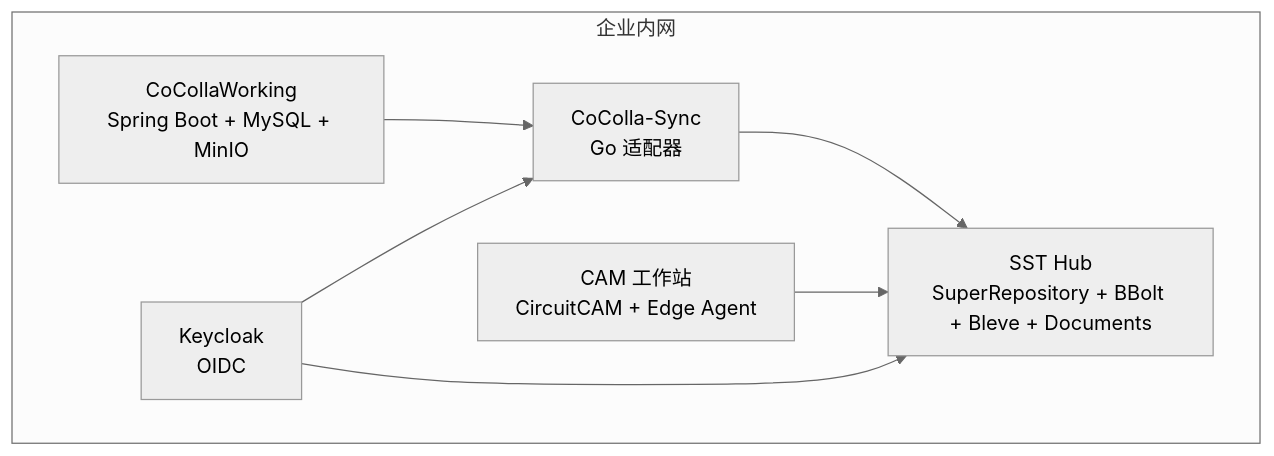
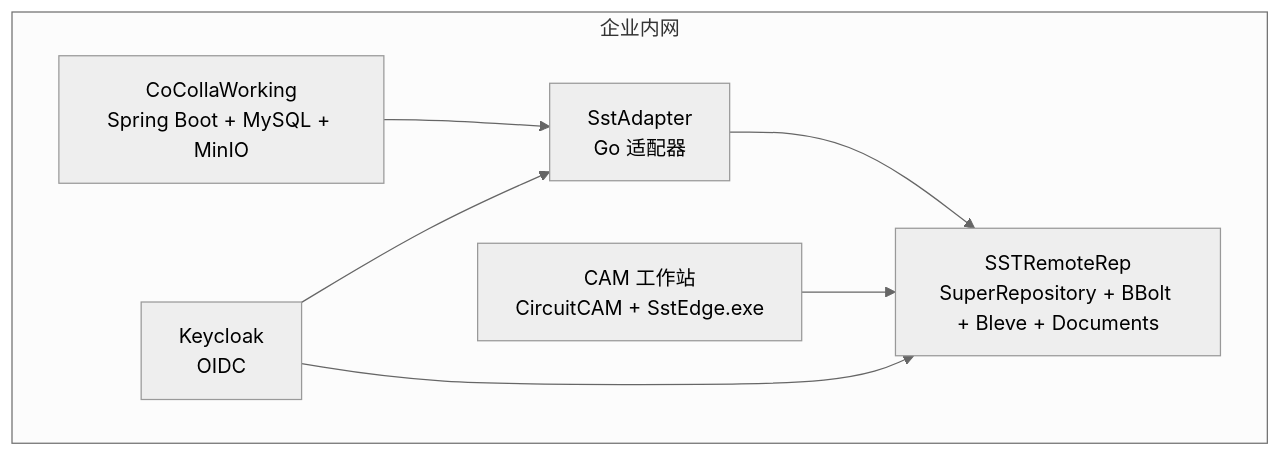
Before and after one commit to lyuliuyan/sst-core: the second of 8 diagrams in .qoder/repowiki/zh/content/部署指南/CircuitCAM与CoCollaWorking集成方案.md, drawn with Mermaid (neutral theme). The commit also changed other lines of this file and 1 other file, not shown here.

````diff
--- a/.qoder/repowiki/zh/content/部署指南/CircuitCAM与CoCollaWorking集成方案.md
+++ b/.qoder/repowiki/zh/content/部署指南/CircuitCAM与CoCollaWorking集成方案.md
@@ -86,15 +93,15 @@
 ```mermaid
 graph TB
 subgraph "企业内网"
 CoColla["CoCollaWorking<br/>Spring Boot + MySQL + MinIO"]
-Sync["CoColla-Sync<br/>Go 适配器"]
-Hub["SST Hub<br/>SuperRepository + BBolt + Bleve + Documents"]
-Workstation["CAM 工作站<br/>CircuitCAM + Edge Agent"]
+Adapter["SstAdapter<br/>Go 适配器"]
+Hub["SSTRemoteRep<br/>SuperRepository + BBolt + Bleve + Documents"]
+Workstation["CAM 工作站<br/>CircuitCAM + SstEdge.exe"]
 Keycloak["Keycloak<br/>OIDC"]
 end
-CoColla --> Sync
-Sync --> Hub
+CoColla --> Adapter
+Adapter --> Hub
 Workstation --> Hub
 Keycloak --> Hub
-Keycloak --> Sync
+Keycloak --> Adapter
 ```
````
